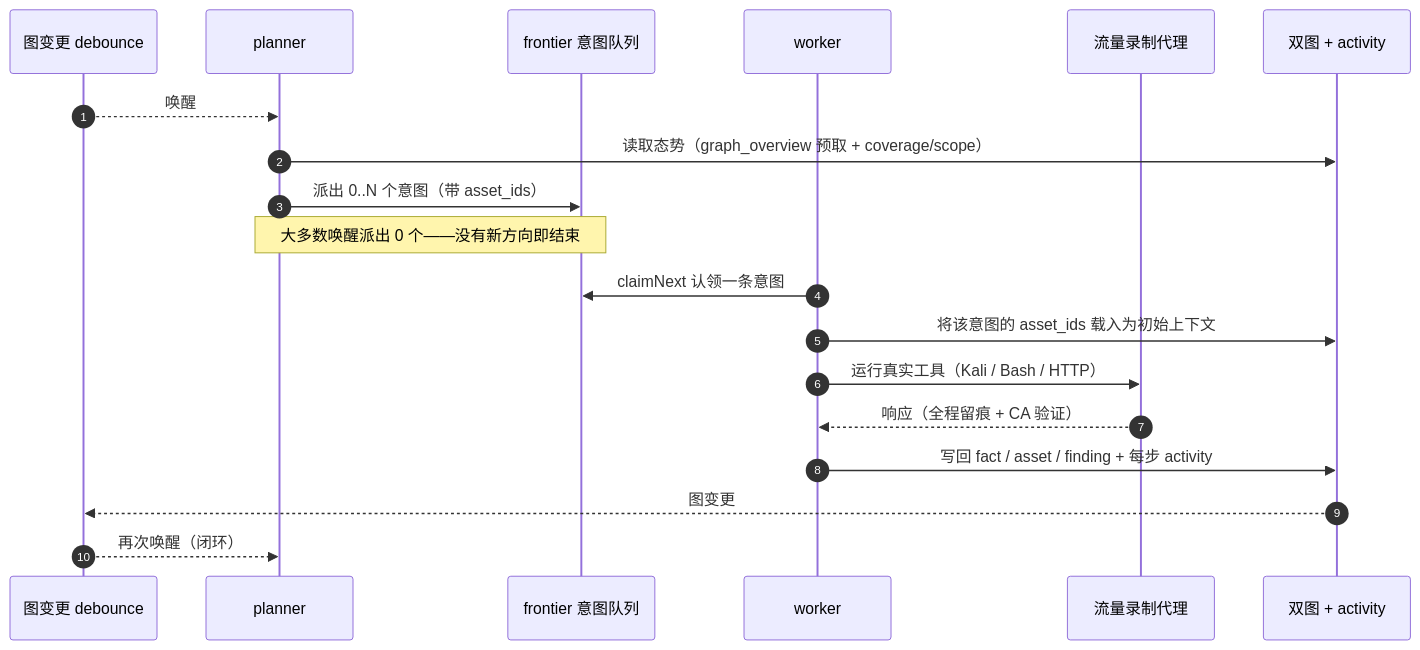
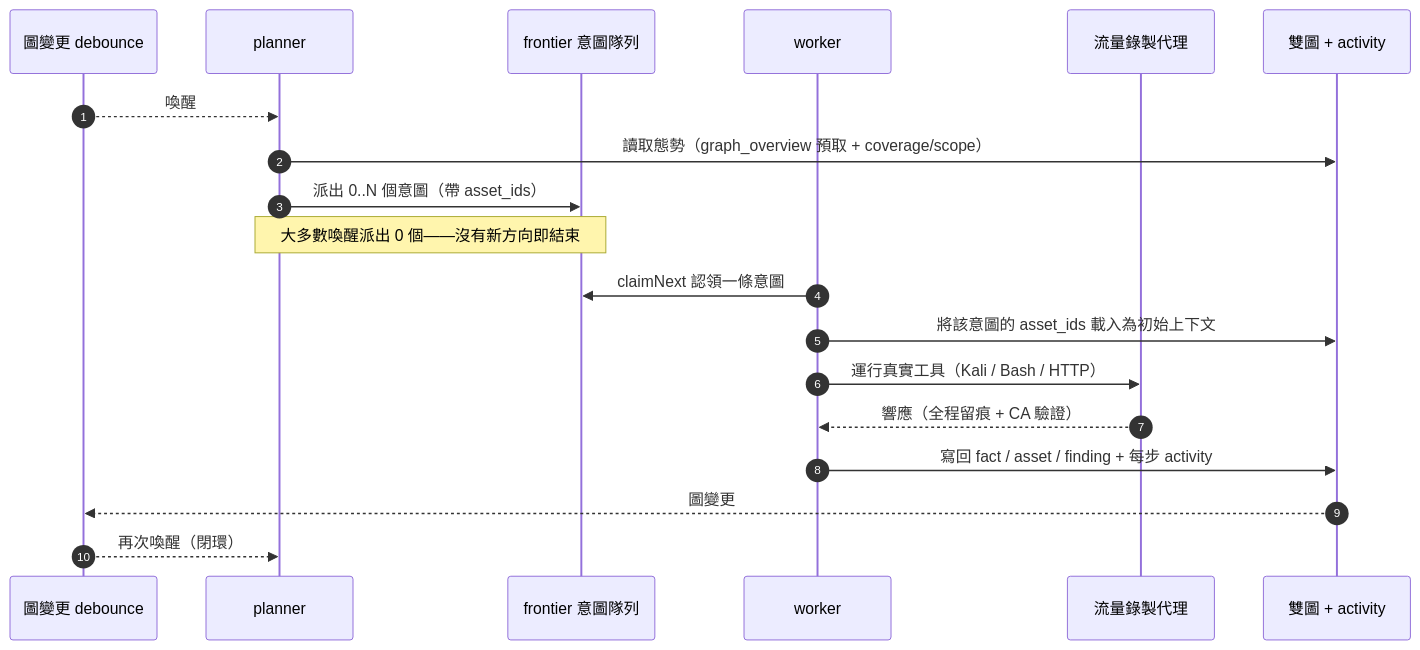
The third of 5 diagrams in README_zh.md (sebastian93921/ARTIFEX), drawn with Mermaid before and after one commit. The commit also changed other lines of this file and 1 other file, not shown here.

````diff
--- a/README_zh.md
+++ b/README_zh.md
@@ -391,22 +391,22 @@
 ```mermaid
 sequenceDiagram
   autonumber
-  participant EV as 图变更 debounce
+  participant EV as 圖變更 debounce
   participant P as planner
-  participant FR as frontier 意图队列
+  participant FR as frontier 意圖隊列
   participant W as worker
-  participant PX as 流量录制代理
-  participant DB as 双图 + activity
+  participant PX as 流量錄製代理
+  participant DB as 雙圖 + activity
 
-  EV-->>P: 唤醒
-  P->>DB: 读取态势（graph_overview 预取 + coverage/scope）
-  P->>FR: 派出 0..N 个意图（带 asset_ids）
-  Note over P,FR: 大多数唤醒派出 0 个——没有新方向即结束
-  W->>FR: claimNext 认领一条意图
-  W->>DB: 将该意图的 asset_ids 载入为初始上下文
-  W->>PX: 运行真实工具（Kali / Bash / HTTP）
-  PX-->>W: 响应（全程留痕 + CA 验证）
-  W->>DB: 写回 fact / asset / finding + 每步 activity
-  DB-->>EV: 图变更
-  EV-->>P: 再次唤醒（闭环）
+  EV-->>P: 喚醒
+  P->>DB: 讀取態勢（graph_overview 預取 + coverage/scope）
+  P->>FR: 派出 0..N 個意圖（帶 asset_ids）
+  Note over P,FR: 大多數喚醒派出 0 個——沒有新方向即結束
+  W->>FR: claimNext 認領一條意圖
+  W->>DB: 將該意圖的 asset_ids 載入為初始上下文
+  W->>PX: 運行真實工具（Kali / Bash / HTTP）
+  PX-->>W: 響應（全程留痕 + CA 驗證）
+  W->>DB: 寫回 fact / asset / finding + 每步 activity
+  DB-->>EV: 圖變更
+  EV-->>P: 再次喚醒（閉環）
 ```
````
